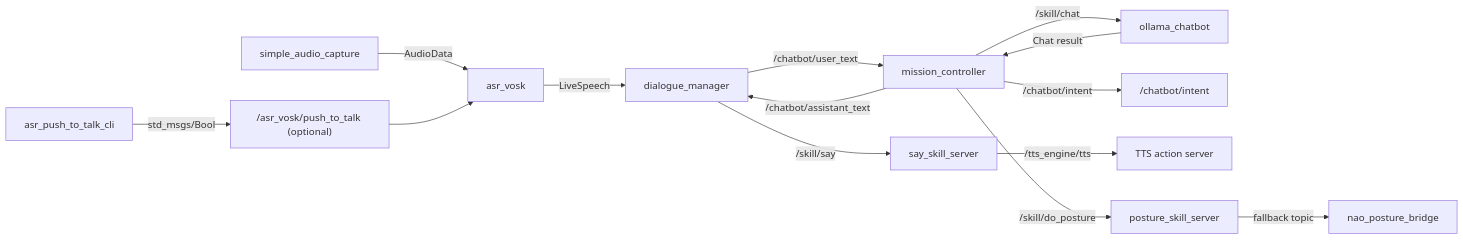
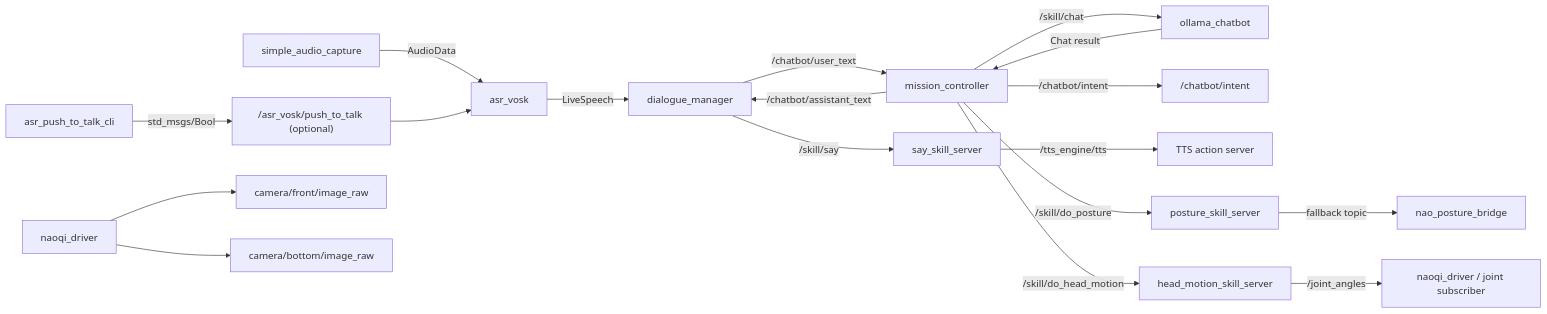
The diagram in docs/node_interactions_map.md (ieverythng/nao-ros4hri-bridge), drawn with Mermaid before and after one commit. The commit also changed other lines of this file and 43 other files, not shown here.

````diff
--- a/docs/node_interactions_map.md
+++ b/docs/node_interactions_map.md
@@ -24,16 +25,20 @@
 ```mermaid
 flowchart LR
     SAC["simple_audio_capture"] -->|AudioData| ASR["asr_vosk"]
     PTTCLI["asr_push_to_talk_cli"] -->|std_msgs/Bool| PTT
     PTT["/asr_vosk/push_to_talk (optional)"] --> ASR
     ASR -->|LiveSpeech| DM["dialogue_manager"]
     DM -->|/chatbot/user_text| MC["mission_controller"]
     MC -->|/skill/chat| CHAT["ollama_chatbot"]
     CHAT -->|Chat result| MC
     MC -->|/chatbot/assistant_text| DM
     MC -->|/chatbot/intent| INT["/chatbot/intent"]
     DM -->|/skill/say| SAY["say_skill_server"]
     SAY -->|/tts_engine/tts| TTS["TTS action server"]
     MC -->|/skill/do_posture| POST["posture_skill_server"]
+    MC -->|/skill/do_head_motion| HEAD["head_motion_skill_server"]
     POST -->|fallback topic| BR["nao_posture_bridge"]
+    HEAD -->|/joint_angles| NQ["naoqi_driver / joint subscriber"]
+    NQDRV["naoqi_driver"] --> CAMF["camera/front/image_raw"]
+    NQDRV --> CAMB["camera/bottom/image_raw"]
 ```
````
